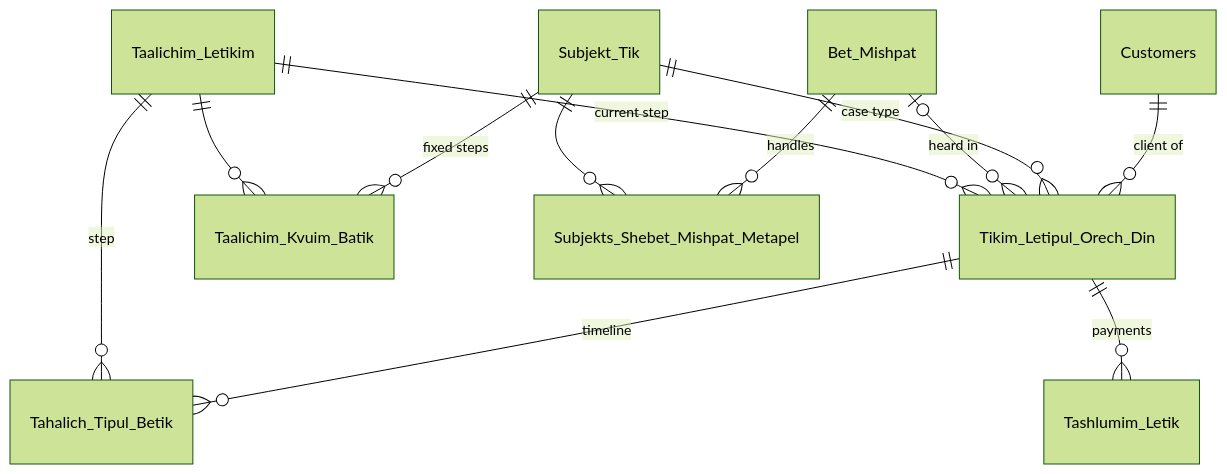
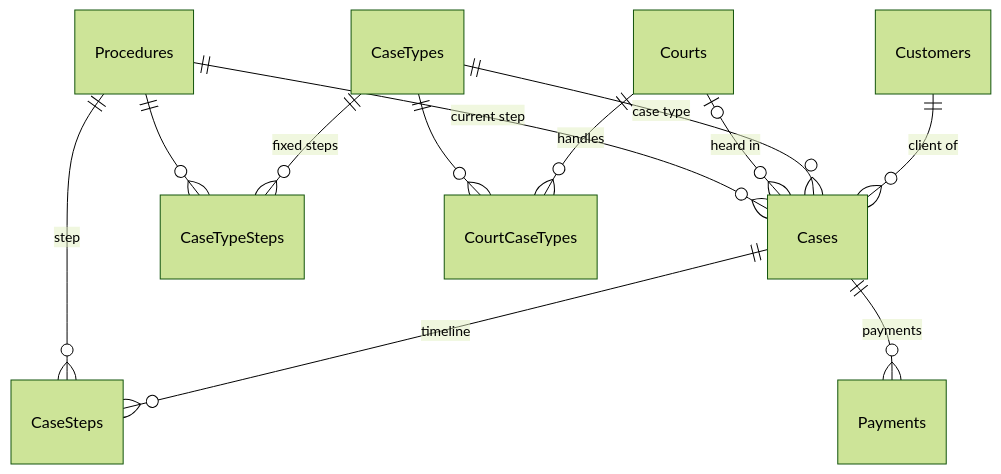
One commit to shirushit/LawrerProject changed the second of 2 diagrams in README.md. Above: the diagram before and after it, drawn with Mermaid (forest theme). The commit also changed other lines of this file and 5 other files, not shown here.

````diff
--- a/README.md
+++ b/README.md
@@ -97,14 +103,14 @@
 ```mermaid
 erDiagram
-    Customers ||--o{ Tikim_Letipul_Orech_Din : "client of"
-    Subjekt_Tik ||--o{ Tikim_Letipul_Orech_Din : "case type"
-    Bet_Mishpat |o--o{ Tikim_Letipul_Orech_Din : "heard in"
-    Taalichim_Letikim ||--o{ Tikim_Letipul_Orech_Din : "current step"
-    Tikim_Letipul_Orech_Din ||--o{ Tahalich_Tipul_Betik : "timeline"
-    Tikim_Letipul_Orech_Din ||--o{ Tashlumim_Letik : "payments"
-    Taalichim_Letikim ||--o{ Tahalich_Tipul_Betik : "step"
-    Subjekt_Tik ||--o{ Taalichim_Kvuim_Batik : "fixed steps"
-    Taalichim_Letikim ||--o{ Taalichim_Kvuim_Batik : ""
-    Bet_Mishpat ||--o{ Subjekts_Shebet_Mishpat_Metapel : "handles"
-    Subjekt_Tik ||--o{ Subjekts_Shebet_Mishpat_Metapel : ""
+    Customers ||--o{ Cases : "client of"
+    CaseTypes ||--o{ Cases : "case type"
+    Courts |o--o{ Cases : "heard in"
+    Procedures ||--o{ Cases : "current step"
+    Cases ||--o{ CaseSteps : "timeline"
+    Cases ||--o{ Payments : "payments"
+    Procedures ||--o{ CaseSteps : "step"
+    CaseTypes ||--o{ CaseTypeSteps : "fixed steps"
+    Procedures ||--o{ CaseTypeSteps : ""
+    Courts ||--o{ CourtCaseTypes : "handles"
+    CaseTypes ||--o{ CourtCaseTypes : ""
 ```
````
